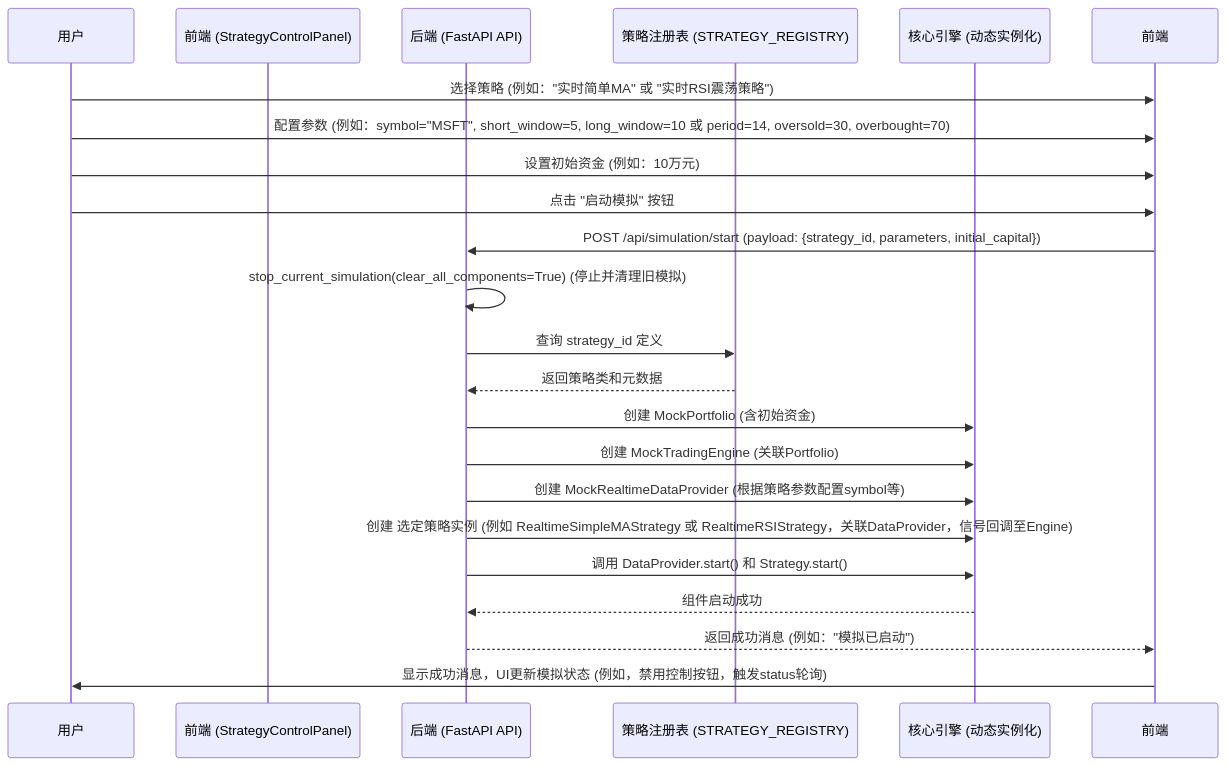
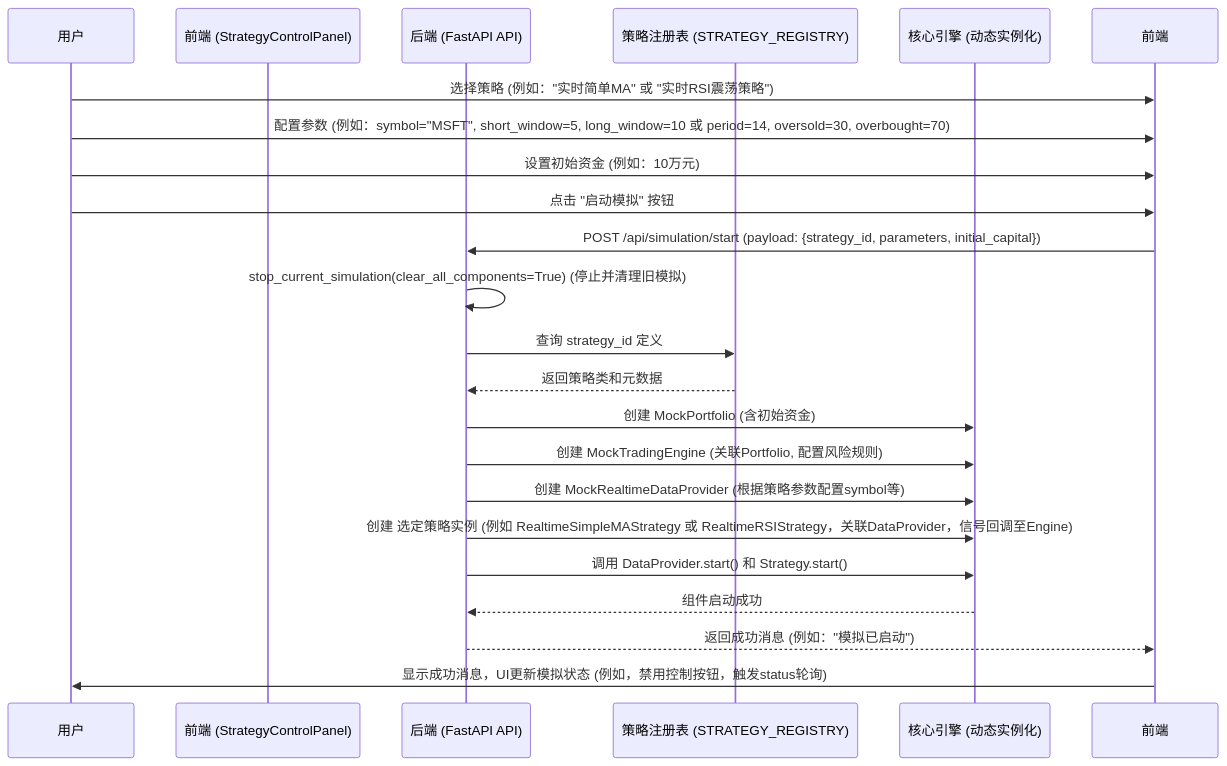
Before and after one commit to keyboard3/trading: the second of 2 diagrams in .cursor/rules/project_architecture.mdc, drawn with Mermaid. The commit also changed other lines of this file and 13 other files, not shown here.

````diff
--- a/.cursor/rules/project_architecture.mdc
+++ b/.cursor/rules/project_architecture.mdc
@@ -104,25 +107,25 @@
 ```mermaid
 sequenceDiagram
     participant 用户
     participant 前端 (StrategyControlPanel)
     participant 后端 (FastAPI API)
     participant 策略注册表 (STRATEGY_REGISTRY)
     participant 核心引擎 (动态实例化)
 
     用户->>前端: 选择策略 (例如："实时简单MA" 或 "实时RSI震荡策略")
     用户->>前端: 配置参数 (例如：symbol="MSFT", short_window=5, long_window=10 或 period=14, oversold=30, overbought=70)
     用户->>前端: 设置初始资金 (例如：10万元)
     用户->>前端: 点击 "启动模拟" 按钮
     前端->>后端 (FastAPI API): POST /api/simulation/start (payload: {strategy_id, parameters, initial_capital})
     后端 (FastAPI API)->>后端 (FastAPI API): stop_current_simulation(clear_all_components=True) (停止并清理旧模拟)
     后端 (FastAPI API)->>策略注册表 (STRATEGY_REGISTRY): 查询 strategy_id 定义
     策略注册表 (STRATEGY_REGISTRY)-->>后端 (FastAPI API): 返回策略类和元数据
     后端 (FastAPI API)->>核心引擎 (动态实例化): 创建 MockPortfolio (含初始资金)
-    后端 (FastAPI API)->>核心引擎 (动态实例化): 创建 MockTradingEngine (关联Portfolio)
+    后端 (FastAPI API)->>核心引擎 (动态实例化): 创建 MockTradingEngine (关联Portfolio, 配置风险规则)
     后端 (FastAPI API)->>核心引擎 (动态实例化): 创建 MockRealtimeDataProvider (根据策略参数配置symbol等)
     后端 (FastAPI API)->>核心引擎 (动态实例化): 创建 选定策略实例 (例如 RealtimeSimpleMAStrategy 或 RealtimeRSIStrategy，关联DataProvider，信号回调至Engine)
     后端 (FastAPI API)->>核心引擎 (动态实例化): 调用 DataProvider.start() 和 Strategy.start()
     核心引擎 (动态实例化)-->>后端 (FastAPI API): 组件启动成功
     后端 (FastAPI API)-->>前端: 返回成功消息 (例如："模拟已启动")
     前端->>用户: 显示成功消息，UI更新模拟状态 (例如，禁用控制按钮，触发status轮询)
 ```
````
